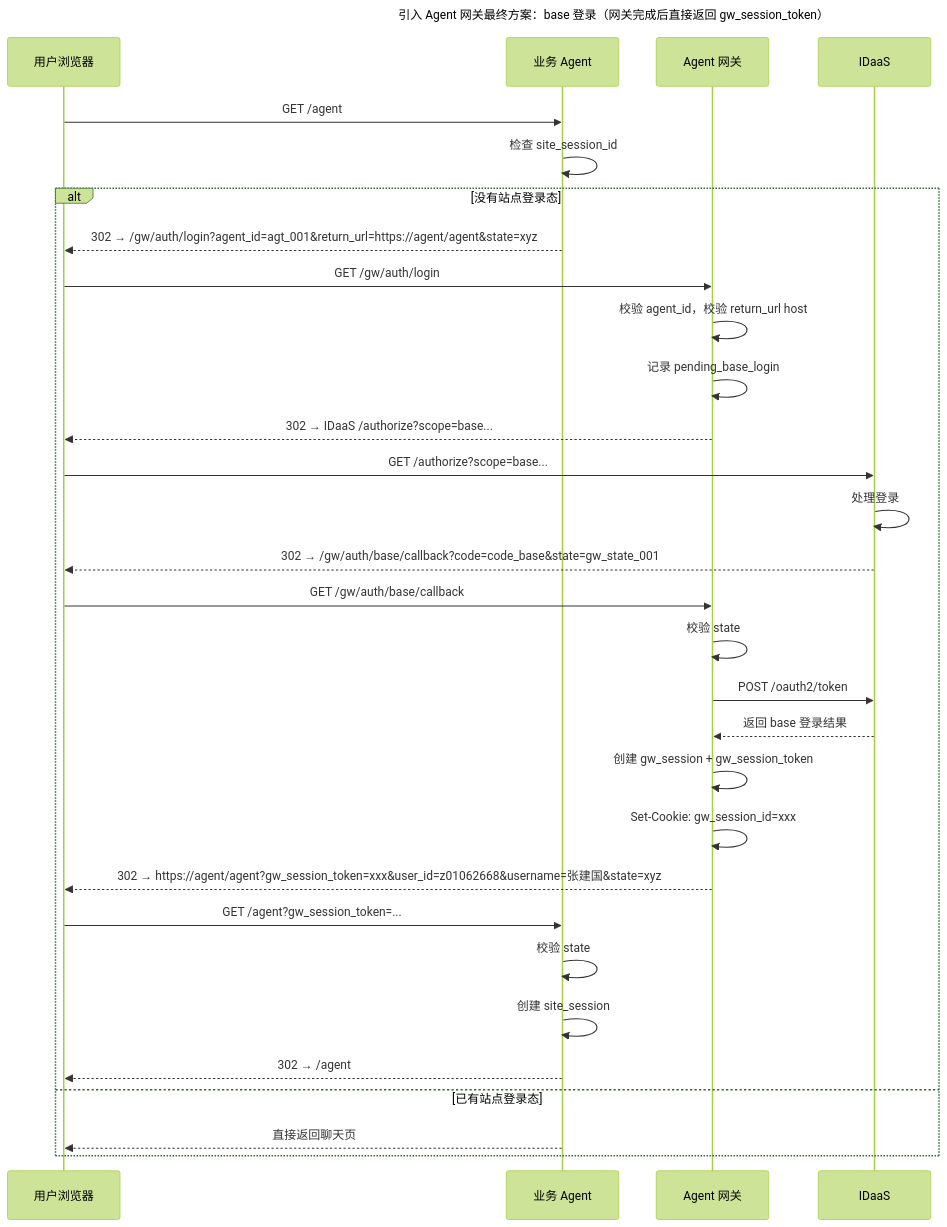
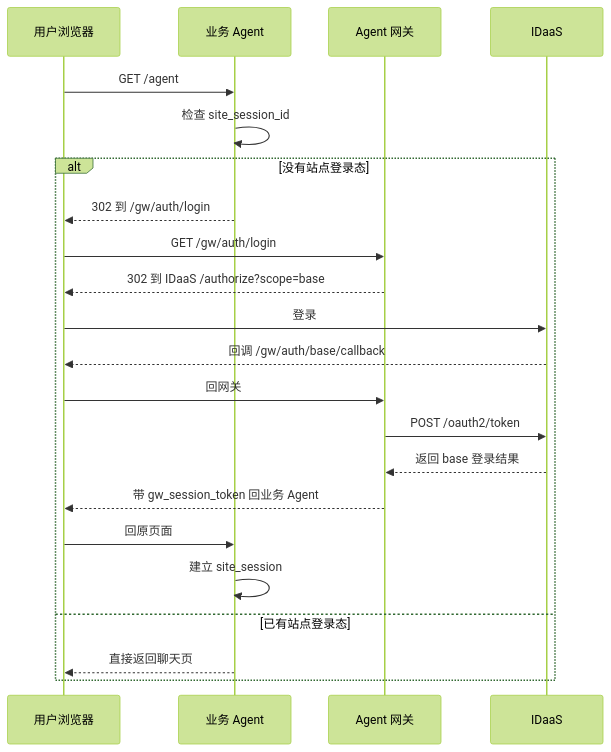
Before and after one commit to xuning117634-ux/auth-design-spec: the second of 3 diagrams in docs/final_design/02_引入Agent网关版方案.md, drawn with Mermaid (forest theme). The commit also changed other lines of this file and 8 other files, not shown here.

````diff
--- a/docs/final_design/02_引入Agent网关版方案.md
+++ b/docs/final_design/02_引入Agent网关版方案.md
@@ -232,38 +185,26 @@
 ```mermaid
 sequenceDiagram
-    title 引入 Agent 网关最终方案：base 登录（网关完成后直接返回 gw_session_token）
     participant 用户 as 用户浏览器
     participant Agent as 业务 Agent
     participant GW as Agent 网关
     participant IDaaS as IDaaS
 
     用户->>Agent: GET /agent
     Agent->>Agent: 检查 site_session_id
 
     alt 没有站点登录态
-        Agent-->>用户: 302 → /gw/auth/login?agent_id=agt_001&return_url=https://agent/agent&state=xyz
+        Agent-->>用户: 302 到 /gw/auth/login
         用户->>GW: GET /gw/auth/login
-        GW->>GW: 校验 agent_id，校验 return_url host
-        GW->>GW: 记录 pending_base_login
-        GW-->>用户: 302 → IDaaS /authorize?scope=base...
-
-        用户->>IDaaS: GET /authorize?scope=base...
-        IDaaS->>IDaaS: 处理登录
-        IDaaS-->>用户: 302 → /gw/auth/base/callback?code=code_base&state=gw_state_001
-
-        用户->>GW: GET /gw/auth/base/callback
-        GW->>GW: 校验 state
+        GW-->>用户: 302 到 IDaaS /authorize?scope=base
+        用户->>IDaaS: 登录
+        IDaaS-->>用户: 回调 /gw/auth/base/callback
+        用户->>GW: 回网关
         GW->>IDaaS: POST /oauth2/token
         IDaaS-->>GW: 返回 base 登录结果
-        GW->>GW: 创建 gw_session + gw_session_token
-        GW->>GW: Set-Cookie: gw_session_id=xxx
-        GW-->>用户: 302 → https://agent/agent?gw_session_token=xxx&user_id=z01062668&username=张建国&state=xyz
-
-        用户->>Agent: GET /agent?gw_session_token=...
-        Agent->>Agent: 校验 state
-        Agent->>Agent: 创建 site_session
-        Agent-->>用户: 302 → /agent
+        GW-->>用户: 带 gw_session_token 回业务 Agent
+        用户->>Agent: 回原页面
+        Agent->>Agent: 建立 site_session
     else 已有站点登录态
         Agent-->>用户: 直接返回聊天页
     end
 ```
````
